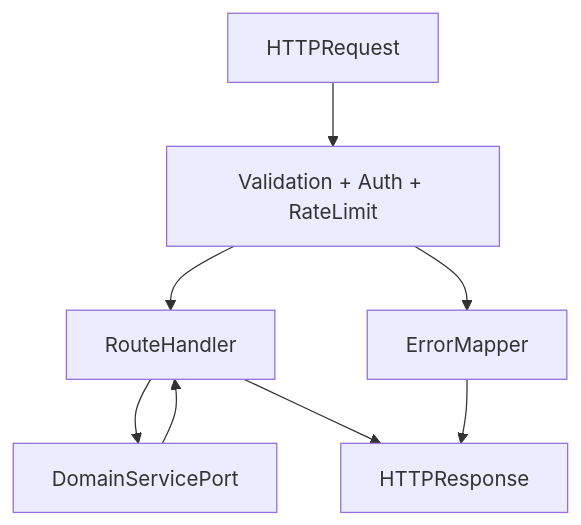
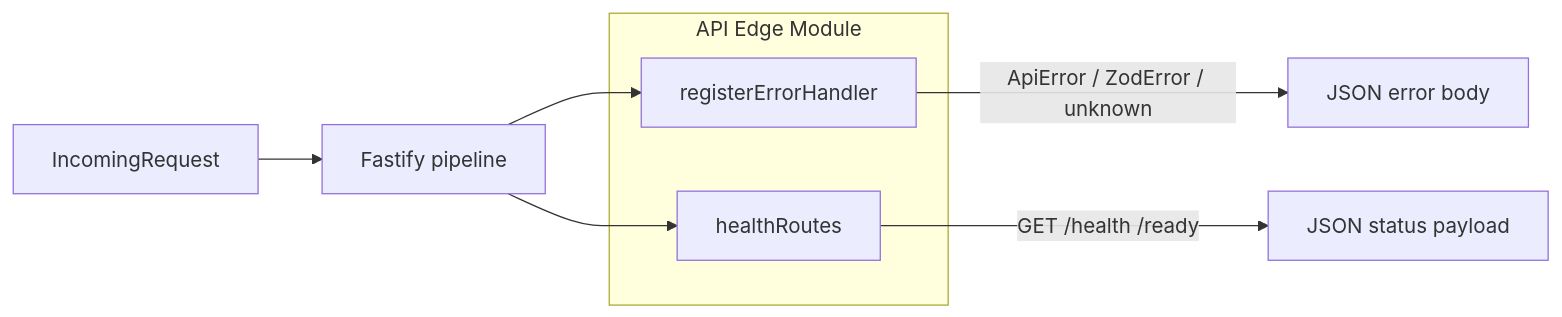
Before and after one commit to TommyKolb/GlossaDocs: the first of 2 diagrams in docs/architecture/modules/api-edge-module.md, drawn with Mermaid. The commit also changed other lines of this file and 10 other files, not shown here.

````diff
--- a/docs/architecture/modules/api-edge-module.md
+++ b/docs/architecture/modules/api-edge-module.md
@@ -18,10 +23,12 @@
 ```mermaid
-flowchart TB
-  req[HTTPRequest] --> middleware[Validation + Auth + RateLimit]
-  middleware --> router[RouteHandler]
-  router --> service[DomainServicePort]
-  service --> router
-  router --> resp[HTTPResponse]
-  middleware --> err[ErrorMapper]
-  err --> resp
+flowchart LR
+  subgraph apiEdge [API Edge Module]
+    eh[registerErrorHandler]
+    hr[healthRoutes]
+  end
+  req[IncomingRequest] --> fastify[Fastify pipeline]
+  fastify --> eh
+  fastify --> hr
+  eh -->|ApiError / ZodError / unknown| json[JSON error body]
+  hr -->|GET /health /ready| ok[JSON status payload]
 ```
````
